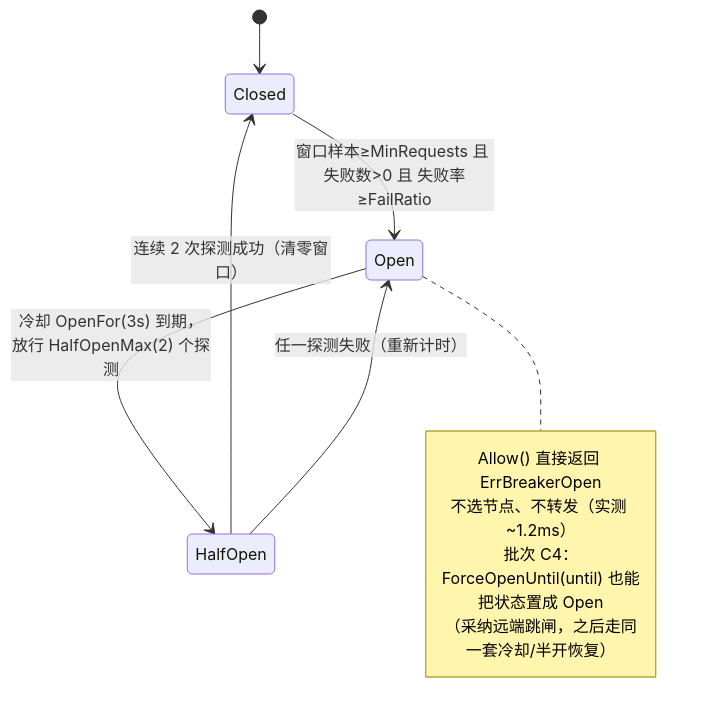
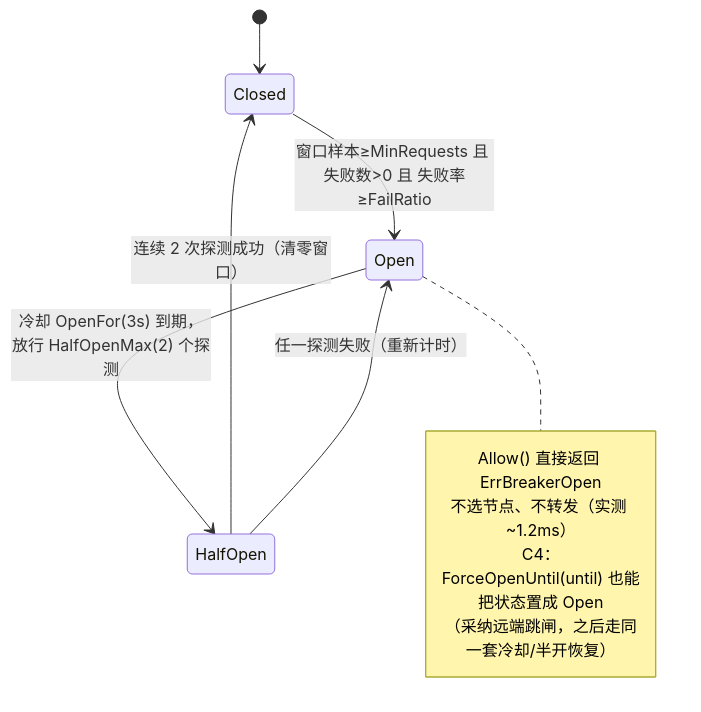
Before and after one commit to Eleven-26/gateway: the second of 2 diagrams in docs/项目分析与执行链路.md, drawn with Mermaid. The commit also changed other lines of this file and 44 other files, not shown here.

````diff
--- a/docs/项目分析与执行链路.md
+++ b/docs/项目分析与执行链路.md
@@ -1047,14 +1077,14 @@
 ```mermaid
 stateDiagram-v2
     [*] --> Closed
     Closed --> Open: 窗口样本≥MinRequests 且 失败数>0 且 失败率≥FailRatio
     Open --> HalfOpen: 冷却 OpenFor(3s) 到期，放行 HalfOpenMax(2) 个探测
     HalfOpen --> Closed: 连续 2 次探测成功（清零窗口）
     HalfOpen --> Open: 任一探测失败（重新计时）
     note right of Open
         Allow() 直接返回 ErrBreakerOpen
         不选节点、不转发（实测 ~1.2ms）
-        批次 C4：ForceOpenUntil(until) 也能把状态置成 Open
+        C4：ForceOpenUntil(until) 也能把状态置成 Open
         （采纳远端跳闸，之后走同一套冷却/半开恢复）
     end note
 ```
````
